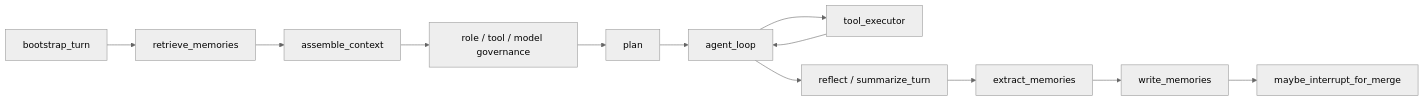
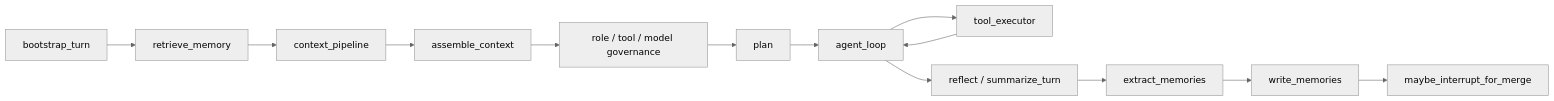
Before and after one commit to William-zgx/focus-agent: the seventh of 10 diagrams in docs/architecture.md, drawn with Mermaid (neutral theme). The commit also changed other lines of this file and 33 other files, not shown here.

````diff
--- a/docs/architecture.md
+++ b/docs/architecture.md
@@ -442,14 +443,15 @@
 ```mermaid
 flowchart LR
-    Bootstrap["bootstrap_turn"] --> Retrieve["retrieve_memories"]
-    Retrieve --> Assemble["assemble_context"]
+    Bootstrap["bootstrap_turn"] --> Retrieve["retrieve_memory"]
+    Retrieve --> ContextPipeline["context_pipeline"]
+    ContextPipeline --> Assemble["assemble_context"]
     Assemble --> Govern["role / tool / model governance"]
     Govern --> Plan["plan"]
     Plan --> Loop["agent_loop"]
     Loop --> Tools["tool_executor"]
     Tools --> Loop
     Loop --> Reflect["reflect / summarize_turn"]
     Reflect --> Extract["extract_memories"]
     Extract --> Write["write_memories"]
     Write --> Merge["maybe_interrupt_for_merge"]
 ```
````
